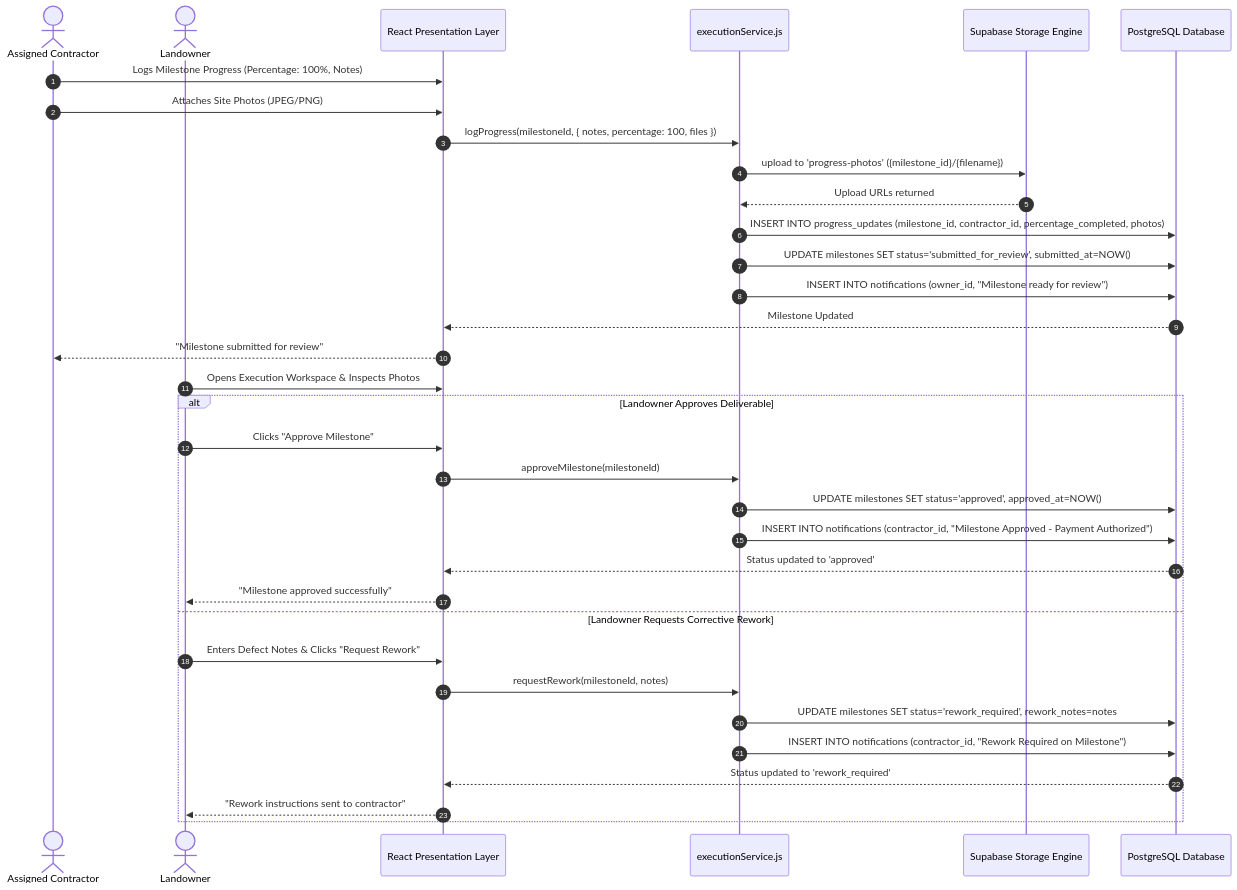
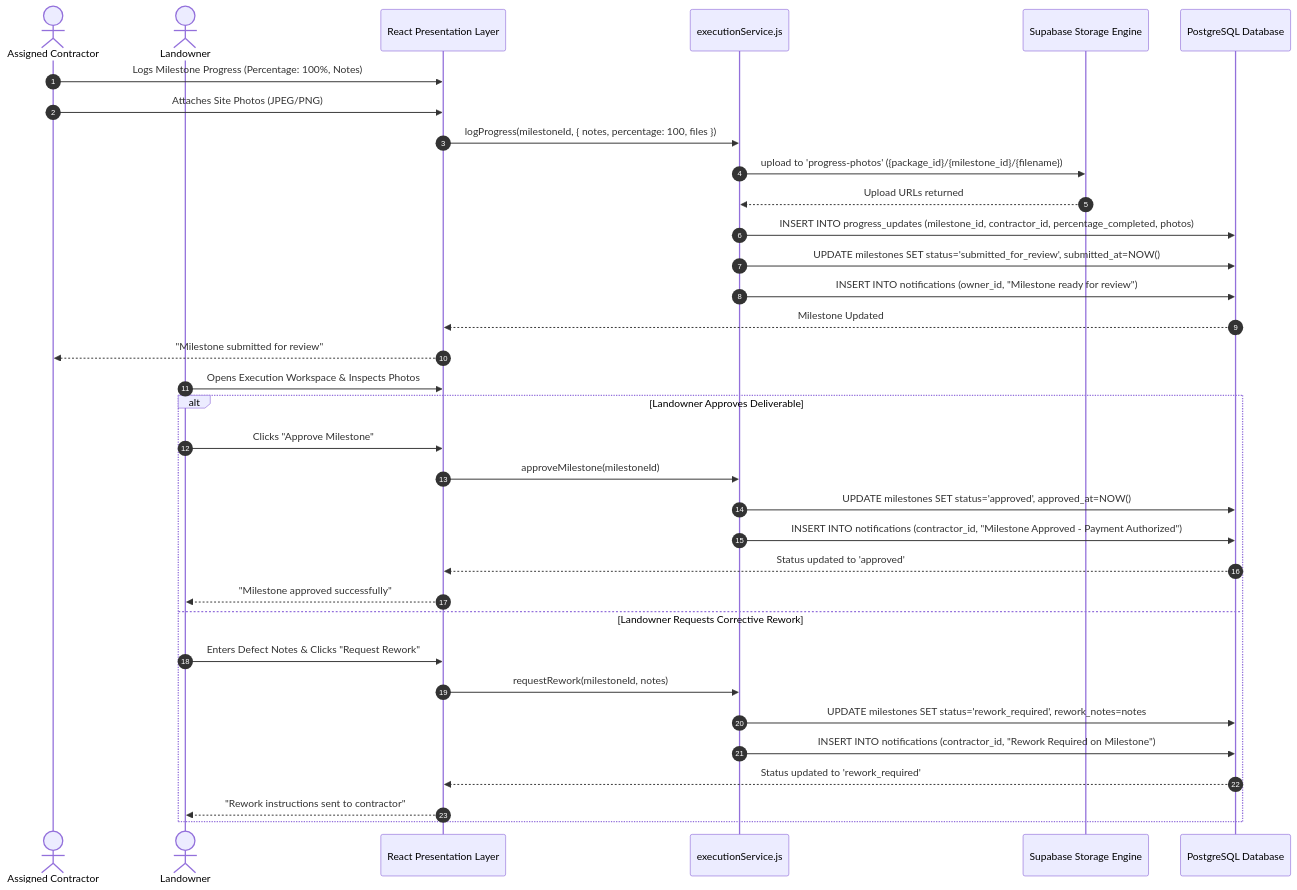
Before and after one commit to Mahmoud-ELsayed520/BuildMatch: the diagram in docs/03-system-design/diagrams/sequence-06-milestone-lifecycle.mmd, drawn with Mermaid. The commit also changed 15 other files, not shown here.

Commit message:
docs(sad): apply targeted accuracy corrections for physical ERD, RPC behaviors, and storage scopes

```diff
--- a/docs/03-system-design/diagrams/sequence-06-milestone-lifecycle.mmd
+++ b/docs/03-system-design/diagrams/sequence-06-milestone-lifecycle.mmd
@@ -1,36 +1,36 @@
 sequenceDiagram
   autonumber
   actor Contractor as Assigned Contractor
   actor Landowner as Landowner
   participant UI as React Presentation Layer
   participant ExecSvc as executionService.js
   participant StorageAPI as Supabase Storage Engine
   participant DB as PostgreSQL Database
 
   Contractor->>UI: Logs Milestone Progress (Percentage: 100%, Notes)
   Contractor->>UI: Attaches Site Photos (JPEG/PNG)
   UI->>ExecSvc: logProgress(milestoneId, { notes, percentage: 100, files })
-  ExecSvc->>StorageAPI: upload to 'progress-photos' ({milestone_id}/{filename})
+  ExecSvc->>StorageAPI: upload to 'progress-photos' ({package_id}/{milestone_id}/{filename})
   StorageAPI-->>ExecSvc: Upload URLs returned
   ExecSvc->>DB: INSERT INTO progress_updates (milestone_id, contractor_id, percentage_completed, photos)
   ExecSvc->>DB: UPDATE milestones SET status='submitted_for_review', submitted_at=NOW()
   ExecSvc->>DB: INSERT INTO notifications (owner_id, "Milestone ready for review")
   DB-->>UI: Milestone Updated
   UI-->>Contractor: "Milestone submitted for review"
 
   Landowner->>UI: Opens Execution Workspace & Inspects Photos
   alt Landowner Approves Deliverable
     Landowner->>UI: Clicks "Approve Milestone"
     UI->>ExecSvc: approveMilestone(milestoneId)
     ExecSvc->>DB: UPDATE milestones SET status='approved', approved_at=NOW()
     ExecSvc->>DB: INSERT INTO notifications (contractor_id, "Milestone Approved - Payment Authorized")
     DB-->>UI: Status updated to 'approved'
     UI-->>Landowner: "Milestone approved successfully"
   else Landowner Requests Corrective Rework
     Landowner->>UI: Enters Defect Notes & Clicks "Request Rework"
     UI->>ExecSvc: requestRework(milestoneId, notes)
     ExecSvc->>DB: UPDATE milestones SET status='rework_required', rework_notes=notes
     ExecSvc->>DB: INSERT INTO notifications (contractor_id, "Rework Required on Milestone")
     DB-->>UI: Status updated to 'rework_required'
     UI-->>Landowner: "Rework instructions sent to contractor"
   end
```
